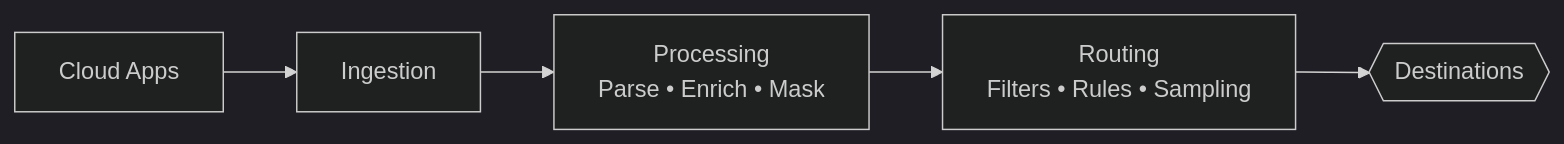
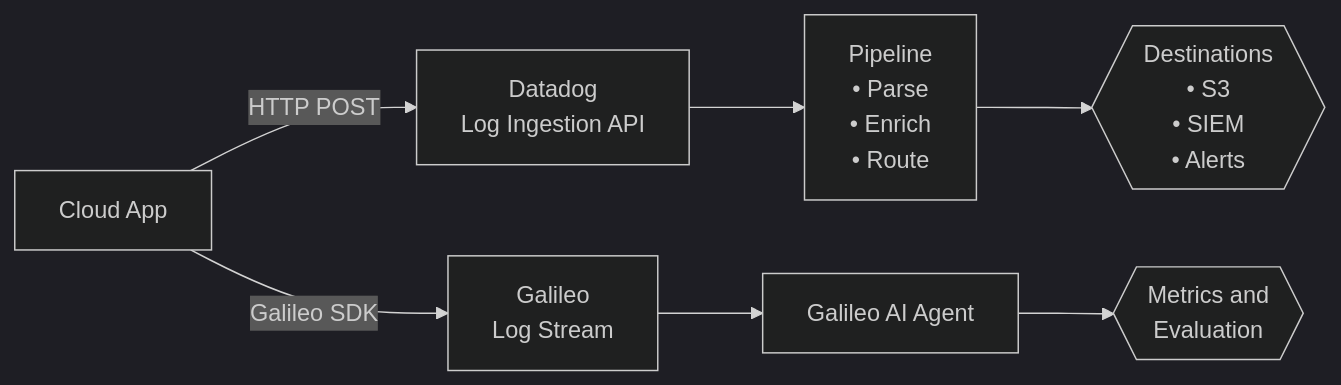
The diagram in raw-md-files/data-pipelines/before-you-begin.md (pvega62/software), drawn with Mermaid (dark theme) before and after one commit. The commit also changed other lines of this file and 436 other files, not shown here.

````diff
--- a/raw-md-files/data-pipelines/before-you-begin.md
+++ b/raw-md-files/data-pipelines/before-you-begin.md
@@ -110,7 +117,10 @@
 ```mermaid
 flowchart LR
-    A["Cloud Apps"] --> B["Ingestion"]
-    B --> C["Processing<br/>Parse • Enrich • Mask"]
-    C --> D["Routing<br/>Filters • Rules • Sampling"]
-    D --> E{{"Destinations"}}
+    A["Cloud App"] -->|HTTP POST| B["Datadog<br/>Log Ingestion API"]
+    B --> C["Pipeline<br/> • Parse<br/> • Enrich<br/> • Route"]
+    C --> D{{"Destinations<br/> • S3<br/> • SIEM<br/> • Alerts"}}
+
+    A -->|Galileo SDK| E["Galileo<br/>Log Stream"]
+    E --> F["Galileo AI Agent"]
+    F --> G{{"Metrics and<br/>Evaluation"}}
 ```
````
